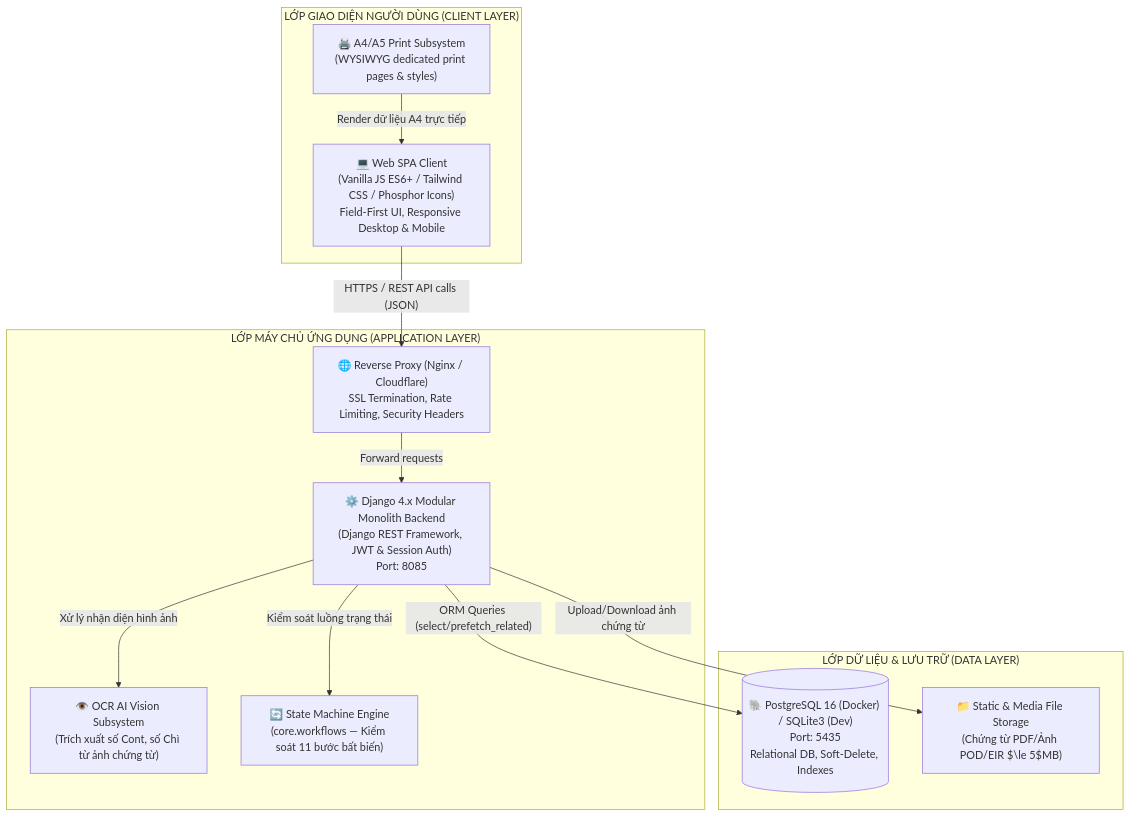
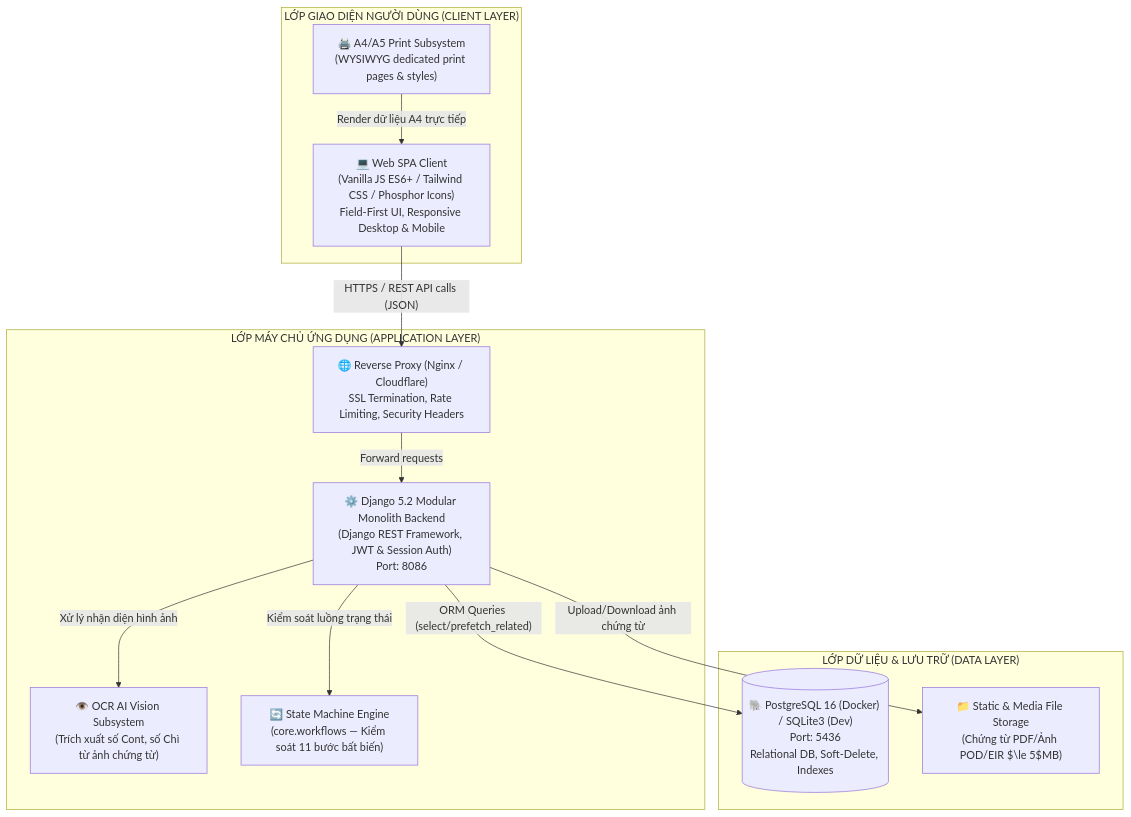
The second of 2 diagrams in docs/PROJECT_OVERVIEW.md (hongsonphan/GSS_LOGISTICs), drawn with Mermaid before and after one commit. The commit also changed other lines of this file and 93 other files, not shown here.

````diff
--- a/docs/PROJECT_OVERVIEW.md
+++ b/docs/PROJECT_OVERVIEW.md
@@ -68,27 +75,27 @@
 ```mermaid
 flowchart TD
     subgraph ClientLayer["LỚP GIAO DIỆN NGƯỜI DÙNG (CLIENT LAYER)"]
         SPA["💻 Web SPA Client<br/>(Vanilla JS ES6+ / Tailwind CSS / Phosphor Icons)<br/>Field-First UI, Responsive Desktop & Mobile"]
         PrintEngine["🖨️ A4/A5 Print Subsystem<br/>(WYSIWYG dedicated print pages & styles)"]
     end
 
     subgraph AppServer["LỚP MÁY CHỦ ỨNG DỤNG (APPLICATION LAYER)"]
         ReverseProxy["🌐 Reverse Proxy (Nginx / Cloudflare)<br/>SSL Termination, Rate Limiting, Security Headers"]
-        DjangoApp["⚙️ Django 4.x Modular Monolith Backend<br/>(Django REST Framework, JWT & Session Auth)<br/>Port: 8085"]
+        DjangoApp["⚙️ Django 5.2 Modular Monolith Backend<br/>(Django REST Framework, JWT & Session Auth)<br/>Port: 8086"]
         OCREngine["👁️ OCR AI Vision Subsystem<br/>(Trích xuất số Cont, số Chì từ ảnh chứng từ)"]
         WorkflowEngine["🔄 State Machine Engine<br/>(core.workflows — Kiểm soát 11 bước bất biến)"]
     end
 
     subgraph DataLayer["LỚP DỮ LIỆU & LƯU TRỮ (DATA LAYER)"]
-        PostgreSQL[("🐘 PostgreSQL 16 (Docker) / SQLite3 (Dev)<br/>Port: 5435<br/>Relational DB, Soft-Delete, Indexes")]
+        PostgreSQL[("🐘 PostgreSQL 16 (Docker) / SQLite3 (Dev)<br/>Port: 5436<br/>Relational DB, Soft-Delete, Indexes")]
         FileStorage["📁 Static & Media File Storage<br/>(Chứng từ PDF/Ảnh POD/EIR $\le 5$MB)"]
     end
 
     SPA -->|"HTTPS / REST API calls (JSON)"| ReverseProxy
     PrintEngine -->|"Render dữ liệu A4 trực tiếp"| SPA
     ReverseProxy -->|"Forward requests"| DjangoApp
     DjangoApp -->|"Kiểm soát luồng trạng thái"| WorkflowEngine
     DjangoApp -->|"Xử lý nhận diện hình ảnh"| OCREngine
     DjangoApp -->|"ORM Queries (select/prefetch_related)"| PostgreSQL
     DjangoApp -->|"Upload/Download ảnh chứng từ"| FileStorage
 ```
````
